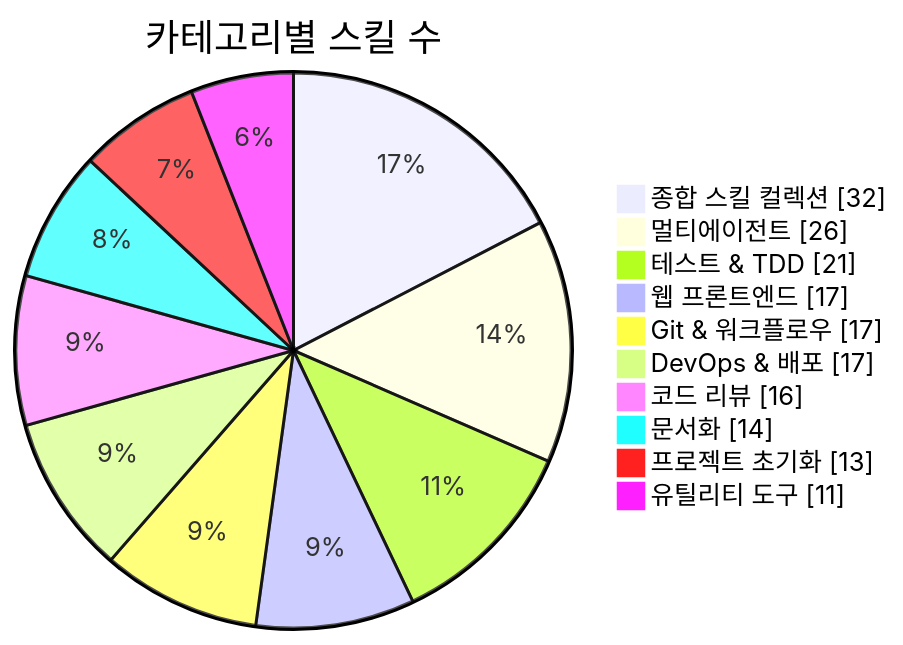
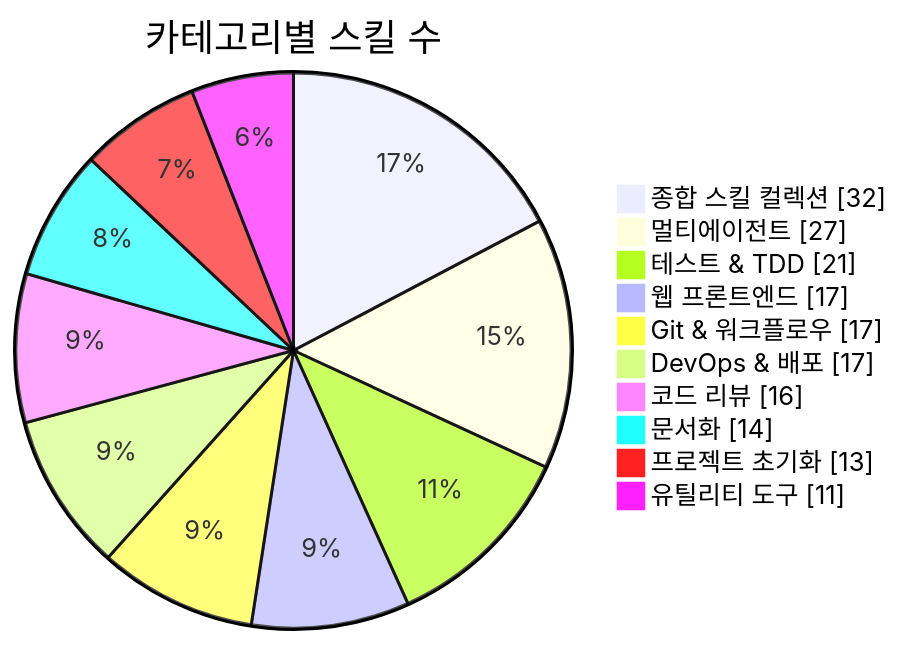
The first of 3 diagrams in README.md (J-nowcow/awesome-korean-agent-skills), drawn with Mermaid before and after one commit. The commit also changed other lines of this file and 4 other files, not shown here.

````diff
--- a/README.md
+++ b/README.md
@@ -176,14 +176,14 @@
 ```mermaid
 pie showData
     title 카테고리별 스킬 수
     "종합 스킬 컬렉션" : 32
-    "멀티에이전트" : 26
+    "멀티에이전트" : 27
     "테스트 & TDD" : 21
     "웹 프론트엔드" : 17
     "Git & 워크플로우" : 17
     "DevOps & 배포" : 17
     "코드 리뷰" : 16
     "문서화" : 14
     "프로젝트 초기화" : 13
     "유틸리티 도구" : 11
 ```
````
